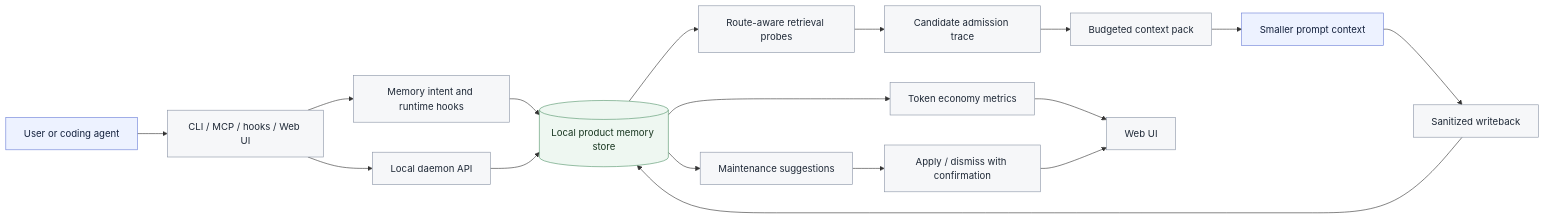
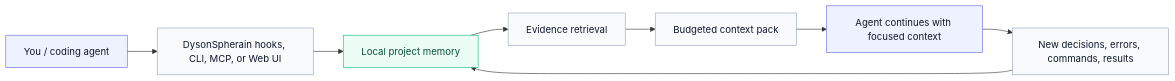
One commit to liberliu2000/DysonSpherain changed the first of 2 diagrams in README.md. Above: the diagram before and after it, drawn with Mermaid. The commit also changed other lines of this file, not shown here.

````diff
--- a/README.md
+++ b/README.md
@@ -40,26 +48,17 @@
 ```mermaid
 flowchart LR
-    User[User or coding agent] --> Entry[CLI / MCP / hooks / Web UI]
-    Entry --> Intent[Memory intent and runtime hooks]
-    Entry --> ProductAPI[Local daemon API]
-    Intent --> Store[(Local product memory store)]
-    ProductAPI --> Store
-    Store --> Retrieval[Route-aware retrieval probes]
-    Retrieval --> Admission[Candidate admission trace]
-    Admission --> Pack[Budgeted context pack]
-    Pack --> Agent[Smaller prompt context]
-    Agent --> Writeback[Sanitized writeback]
-    Writeback --> Store
-    Store --> Economy[Token economy metrics]
-    Store --> Maint[Maintenance suggestions]
-    Maint --> Review[Apply / dismiss with confirmation]
-    Economy --> UI[Web UI]
-    Review --> UI
+    A[You / coding agent] --> B[DysonSpherain hooks, CLI, MCP, or Web UI]
+    B --> C[Local project memory]
+    C --> D[Evidence retrieval]
+    D --> E[Budgeted context pack]
+    E --> F[Agent continues with focused context]
+    F --> G[New decisions, errors, commands, results]
+    G --> C
 
-    classDef entry fill:#edf2ff,stroke:#6b7fd7,color:#14213d;
-    classDef store fill:#eef7f1,stroke:#52946b,color:#17351f;
-    classDef core fill:#f6f7f9,stroke:#8a94a6,color:#1f2937;
-    class User,Agent entry;
-    class Store store;
-    class Entry,Intent,ProductAPI,Retrieval,Admission,Pack,Writeback,Economy,Maint,Review,UI core;
+    classDef user fill:#EEF2FF,stroke:#6366F1,color:#111827;
+    classDef memory fill:#ECFDF5,stroke:#10B981,color:#064E3B;
+    classDef pack fill:#F8FAFC,stroke:#94A3B8,color:#0F172A;
+    class A,F user;
+    class C memory;
+    class B,D,E,G pack;
 ```
````
